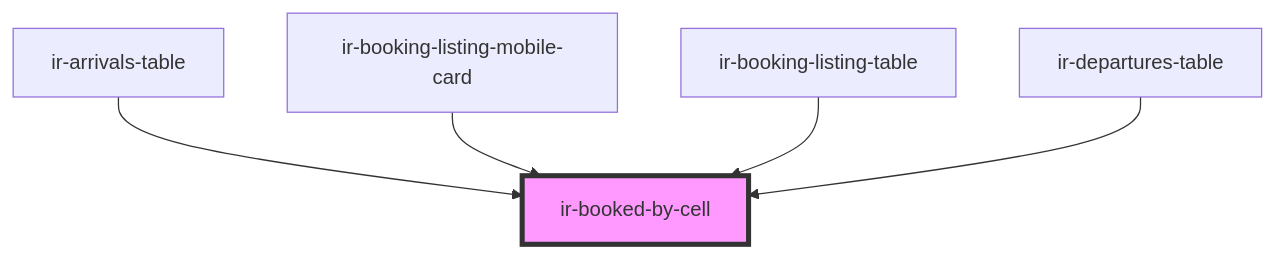
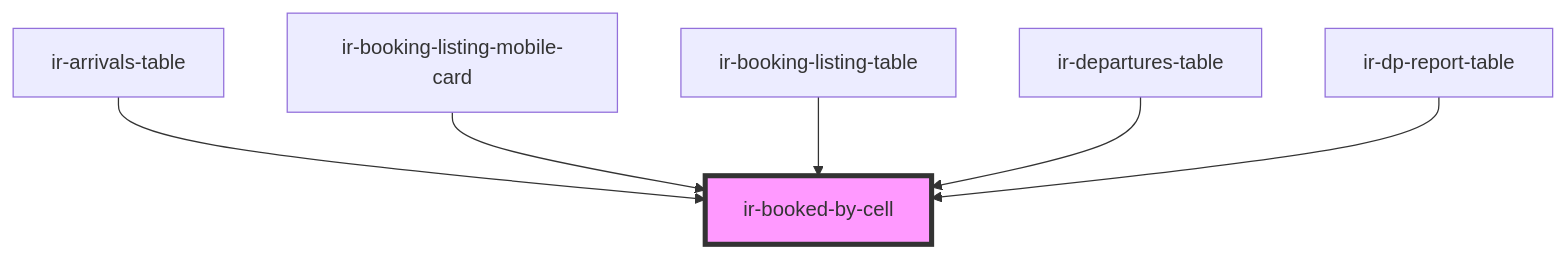
The diagram in src/components/table-cells/booking/ir-booked-by-cell/readme.md (RonyRizk/ir-webcmp), drawn with Mermaid before and after one commit. The commit also changed other lines of this file and 107 other files, not shown here.

````diff
--- a/src/components/table-cells/booking/ir-booked-by-cell/readme.md
+++ b/src/components/table-cells/booking/ir-booked-by-cell/readme.md
@@ -45,8 +46,9 @@
 ```mermaid
 graph TD;
   ir-arrivals-table --> ir-booked-by-cell
   ir-booking-listing-mobile-card --> ir-booked-by-cell
   ir-booking-listing-table --> ir-booked-by-cell
   ir-departures-table --> ir-booked-by-cell
+  ir-dp-report-table --> ir-booked-by-cell
   style ir-booked-by-cell fill:#f9f,stroke:#333,stroke-width:4px
 ```
````
